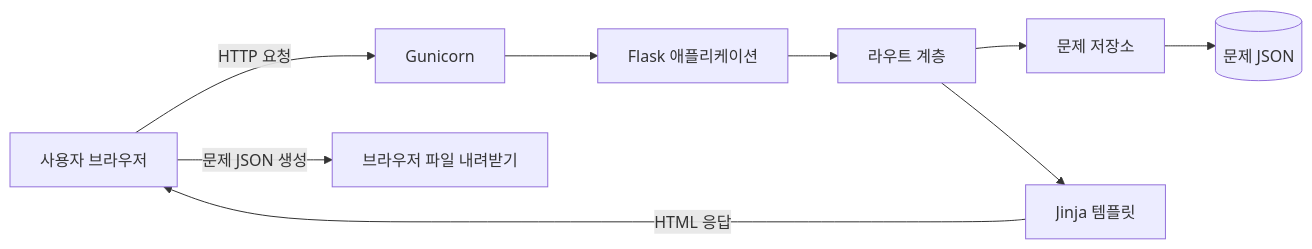
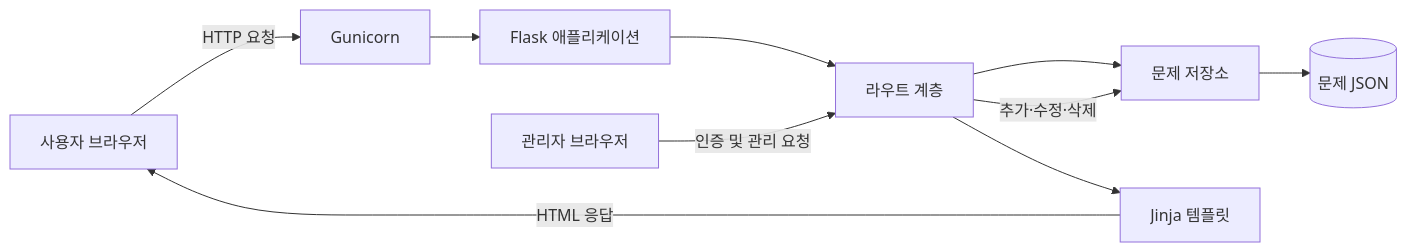
The first of 2 diagrams in Architecture.md (yangsong3/ml_class_testexam_web), drawn with Mermaid before and after one commit. The commit also changed other lines of this file and 16 other files, not shown here.

````diff
--- a/Architecture.md
+++ b/Architecture.md
@@ -17,11 +17,12 @@
 ```mermaid
 flowchart LR
     U[사용자 브라우저] -->|HTTP 요청| G[Gunicorn]
     G --> F[Flask 애플리케이션]
     F --> R[라우트 계층]
     R --> S[문제 저장소]
     S --> J[(문제 JSON)]
     R --> T[Jinja 템플릿]
     T -->|HTML 응답| U
-    U -->|문제 JSON 생성| B[브라우저 파일 내려받기]
+    A[관리자 브라우저] -->|인증 및 관리 요청| R
+    R -->|추가·수정·삭제| S
 ```
````
